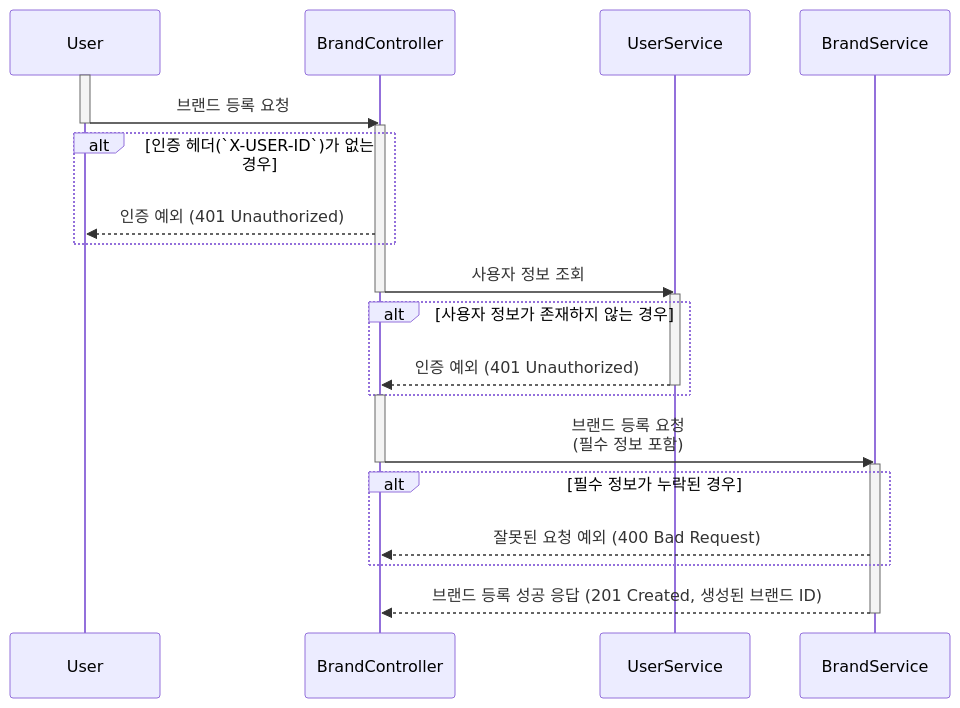
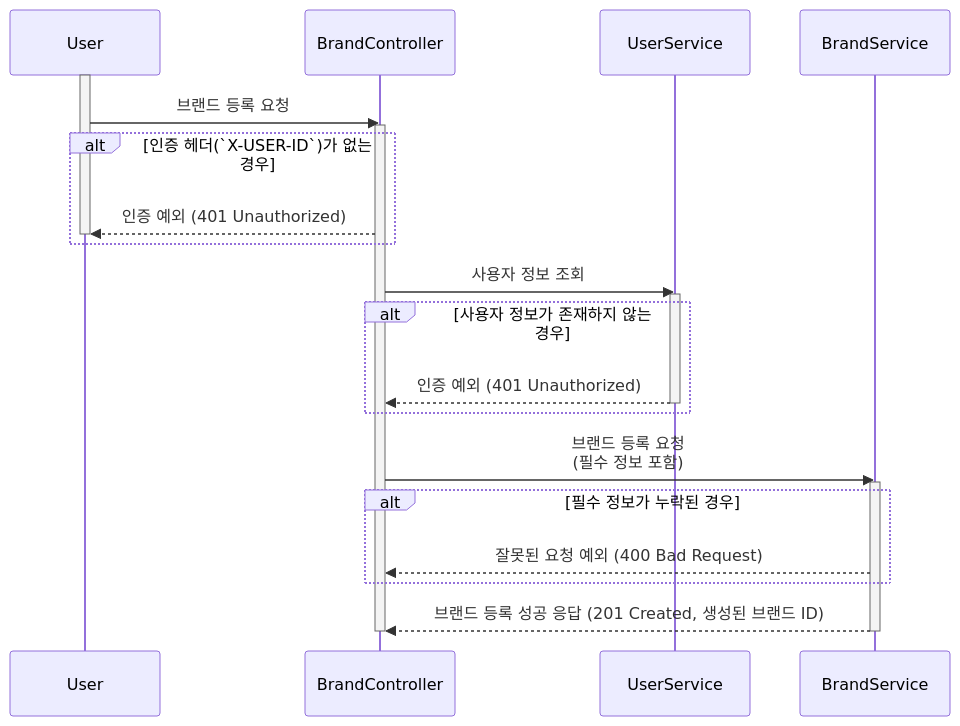
Before and after one commit to kiekk/gamsung-commerce: the third of 3 diagrams in docs/design/02-sequence-diagrams/brand.md, drawn with Mermaid. The commit also changed 5 other files, not shown here.

First line of the commit message:
docs: 시퀀스 다이어그램 수정 (2주차 피드백 반영)

````diff
--- a/docs/design/02-sequence-diagrams/brand.md
+++ b/docs/design/02-sequence-diagrams/brand.md
@@ -47,30 +48,28 @@
 ```mermaid
 sequenceDiagram
     participant User
     participant BrandController
     participant UserService
     participant BrandService
     activate User
     User ->> BrandController: 브랜드 등록 요청
-    deactivate User
     activate BrandController
     alt 인증 헤더(`X-USER-ID`)가 없는 경우
         BrandController -->> User: 인증 예외 (401 Unauthorized)
+        deactivate User
     end
     BrandController ->> UserService: 사용자 정보 조회
-    deactivate BrandController
     activate UserService
     alt 사용자 정보가 존재하지 않는 경우
         UserService -->> BrandController: 인증 예외 (401 Unauthorized)
         deactivate UserService
     end
-    activate BrandController
     BrandController ->> BrandService: 브랜드 등록 요청<br/>(필수 정보 포함)
-    deactivate BrandController
     activate BrandService
     alt 필수 정보가 누락된 경우
         BrandService -->> BrandController: 잘못된 요청 예외 (400 Bad Request)
     end
     BrandService -->> BrandController: 브랜드 등록 성공 응답 (201 Created, 생성된 브랜드 ID)
     deactivate BrandService
+    deactivate BrandController
 ```
````
